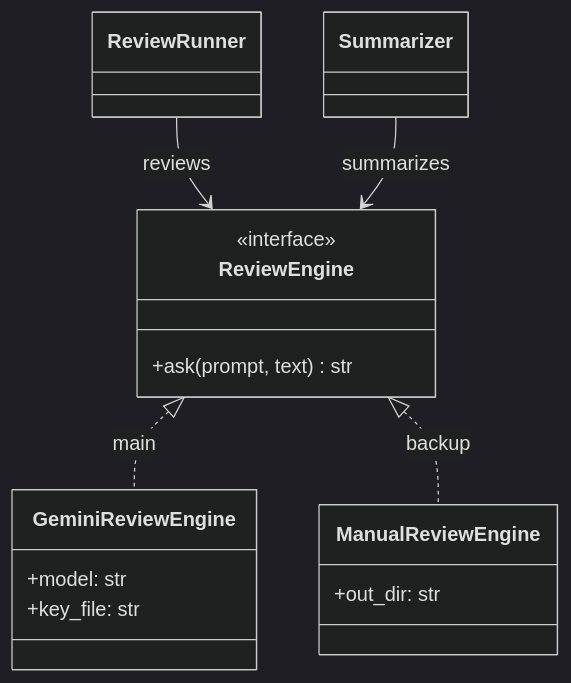
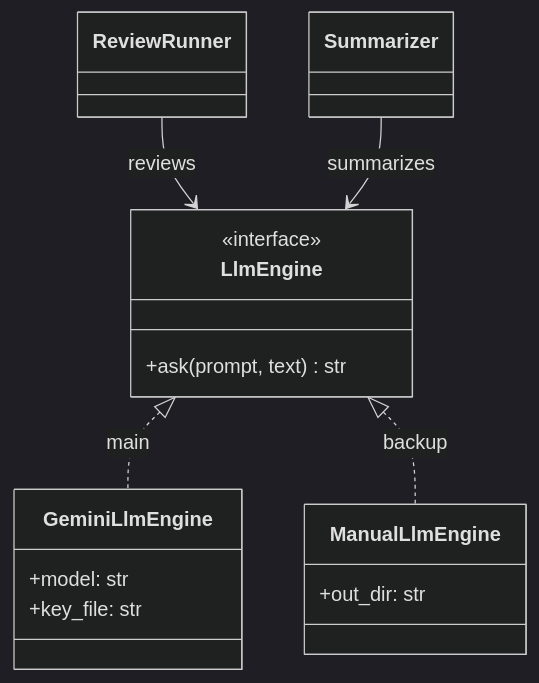
One commit to yonatanShoval/OOP_Exercise2 changed the ninth of 15 diagrams in docs/design.md. Above: the diagram before and after it, drawn with Mermaid (dark theme). The commit also changed other lines of this file and 4 other files, not shown here.

First line of the commit message:
Step 8 fixes: LlmEngine name, dependency direction, DatabaseGateway, challenge data path

````diff
--- a/docs/design.md
+++ b/docs/design.md
@@ -361,21 +363,21 @@
 ```mermaid
 classDiagram
     direction TB
-    class ReviewEngine {
+    class LlmEngine {
         <<interface>>
         +ask(prompt, text) str
     }
-    class GeminiReviewEngine {
+    class GeminiLlmEngine {
         +model: str
         +key_file: str
     }
-    class ManualReviewEngine {
+    class ManualLlmEngine {
         +out_dir: str
     }
     class ReviewRunner
     class Summarizer
-    ReviewEngine <|.. GeminiReviewEngine : main
-    ReviewEngine <|.. ManualReviewEngine : backup
-    ReviewRunner --> ReviewEngine : reviews
-    Summarizer --> ReviewEngine : summarizes
+    LlmEngine <|.. GeminiLlmEngine : main
+    LlmEngine <|.. ManualLlmEngine : backup
+    ReviewRunner --> LlmEngine : reviews
+    Summarizer --> LlmEngine : summarizes
 ```
````
